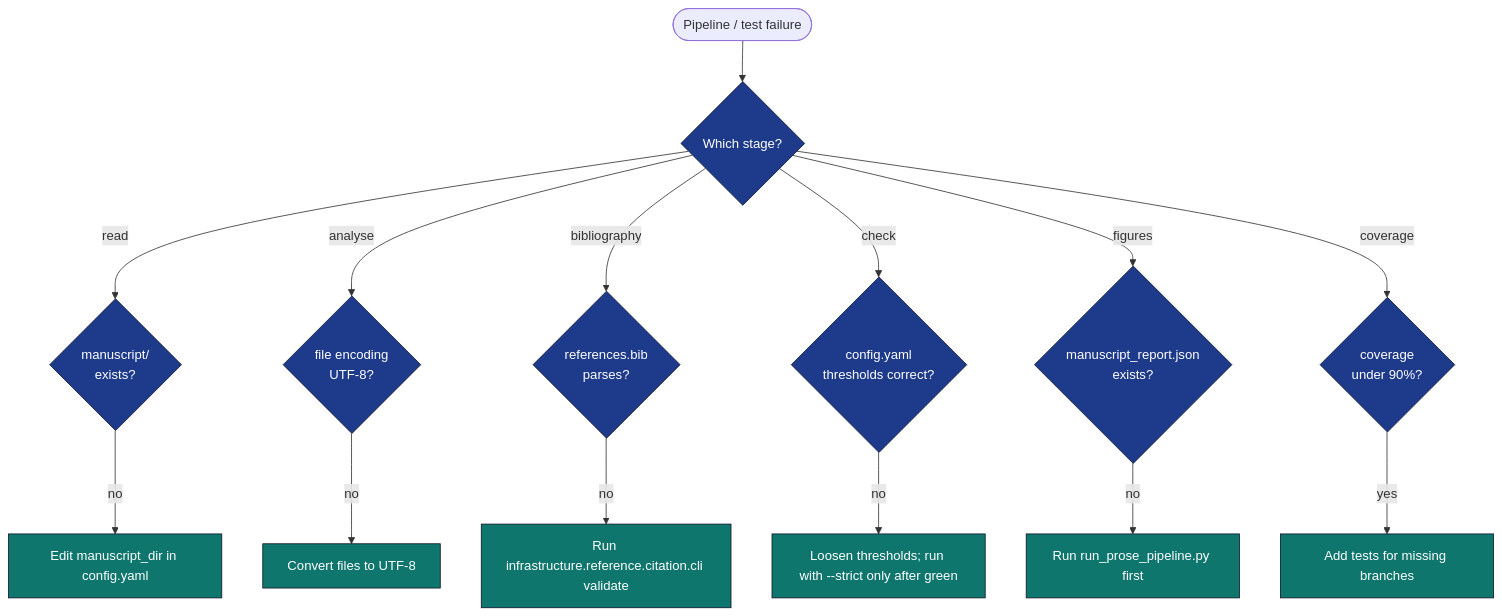
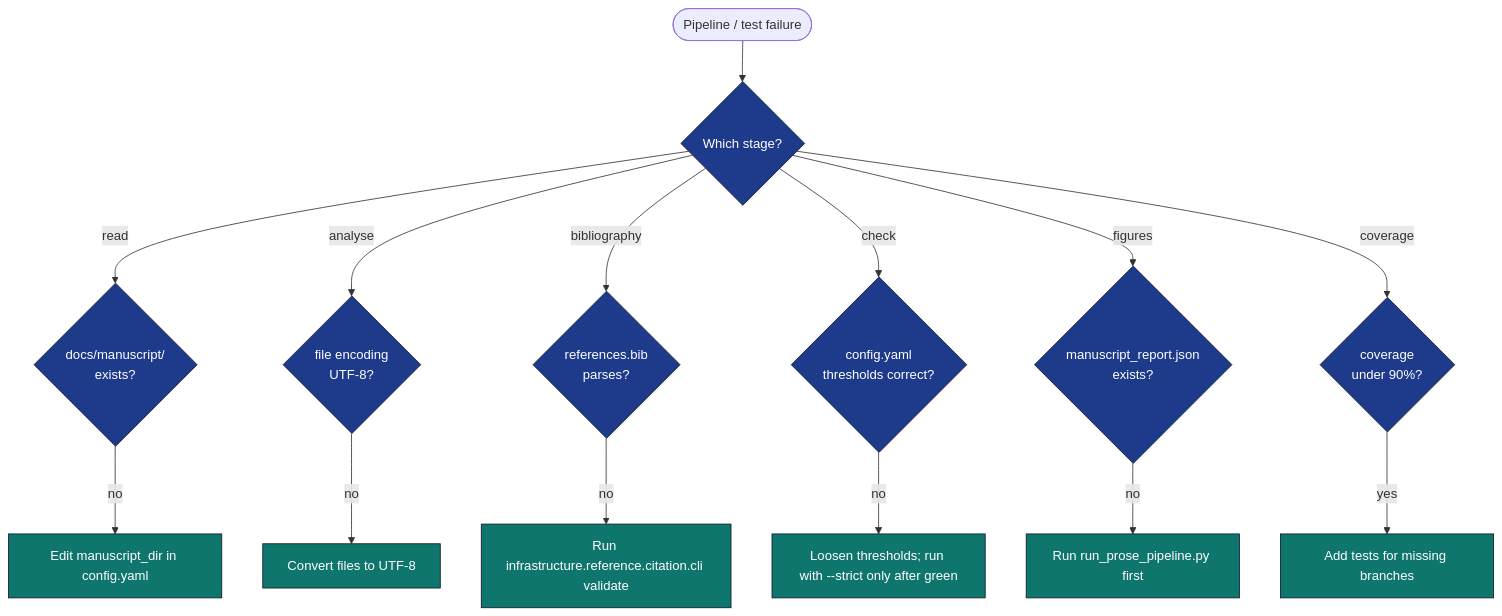
The diagram in docs/troubleshooting.md (docxology/template_prose_project), drawn with Mermaid before and after one commit. The commit also changed other lines of this file and 52 other files, not shown here.

````diff
--- a/docs/troubleshooting.md
+++ b/docs/troubleshooting.md
@@ -5,22 +5,22 @@
 ```mermaid
 flowchart TB
     FAIL([Pipeline / test failure]) --> WHERE{Which stage?}
-    WHERE -- read --> NOM{manuscript/<br/>exists?}
+    WHERE -- read --> NOM{docs/manuscript/<br/>exists?}
     WHERE -- analyse --> ENC{file encoding<br/>UTF-8?}
     WHERE -- bibliography --> BIB{references.bib<br/>parses?}
     WHERE -- check --> POL{config.yaml<br/>thresholds correct?}
     WHERE -- figures --> RES{manuscript_report.json<br/>exists?}
     WHERE -- coverage --> COV{coverage<br/>under 90%?}
 
     NOM -- no --> CFG[Edit manuscript_dir in config.yaml]
     ENC -- no --> CONV[Convert files to UTF-8]
     BIB -- no --> VALIDATE[Run infrastructure.reference.citation.cli validate]
     POL -- no --> RELAX[Loosen thresholds; run with --strict only after green]
     RES -- no --> RUNFIRST[Run run_prose_pipeline.py first]
     COV -- yes --> ADD[Add tests for missing branches]
 
     classDef question fill:#1e3a8a,stroke:#0f172a,color:#fff
     classDef fix fill:#0f766e,stroke:#0f172a,color:#fff
     class WHERE,NOM,ENC,BIB,POL,RES,COV question
     class CFG,CONV,VALIDATE,RELAX,RUNFIRST,ADD fix
 ```
````
